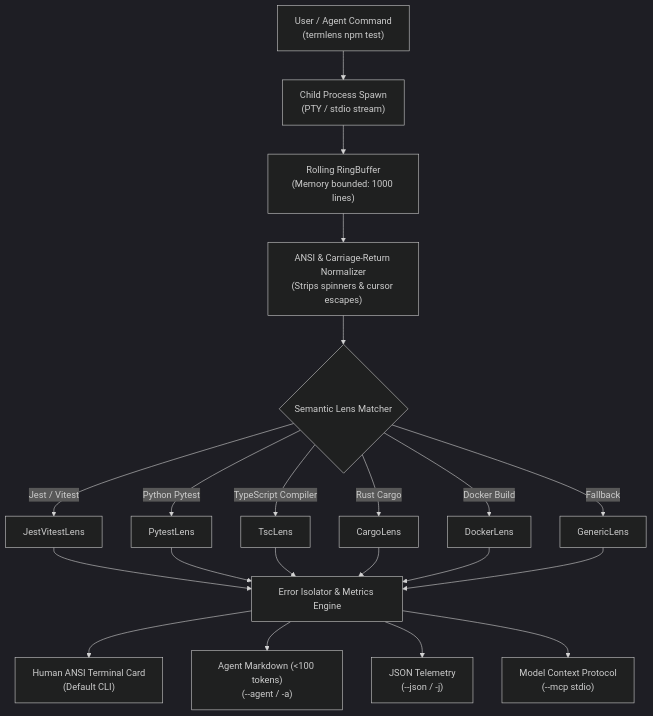
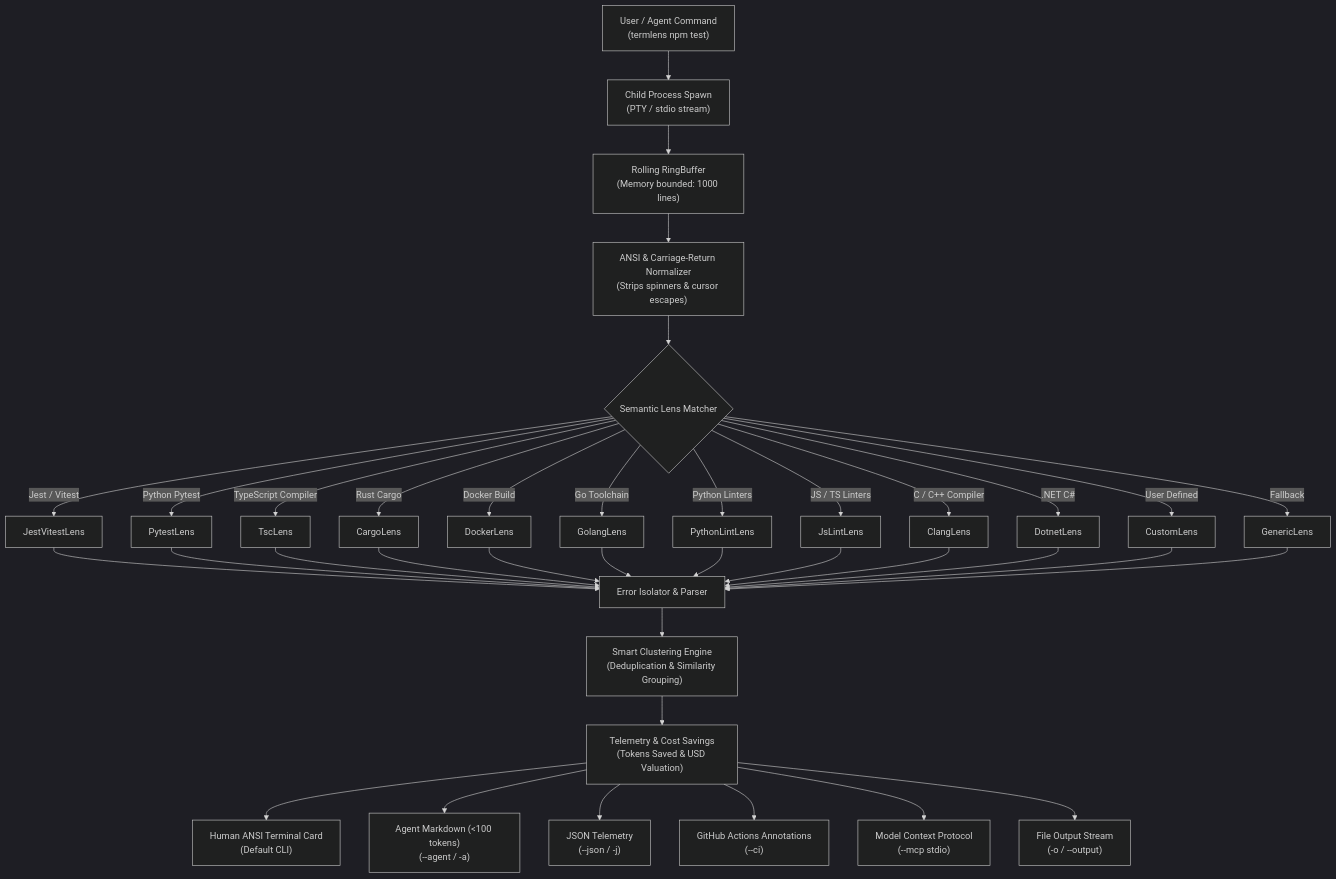
One commit to shenald-dev/termlens changed the diagram in README.md. Above: the diagram before and after it, drawn with Mermaid (dark theme). The commit also changed other lines of this file and 27 other files, not shown here.

First line of the commit message:
feat: release v0.2.0 with expanded semantic lenses, error clustering, and ci annotations

````diff
--- a/README.md
+++ b/README.md
@@ -193,18 +283,28 @@
 ```mermaid
 flowchart TD
     A["User / Agent Command<br/>(termlens npm test)"] --> B["Child Process Spawn<br/>(PTY / stdio stream)"]
     B --> C["Rolling RingBuffer<br/>(Memory bounded: 1000 lines)"]
     C --> D["ANSI & Carriage-Return Normalizer<br/>(Strips spinners & cursor escapes)"]
     D --> E{"Semantic Lens Matcher"}
     E -->|"Jest / Vitest"| L1["JestVitestLens"]
     E -->|"Python Pytest"| L2["PytestLens"]
     E -->|"TypeScript Compiler"| L3["TscLens"]
     E -->|"Rust Cargo"| L4["CargoLens"]
     E -->|"Docker Build"| L5["DockerLens"]
-    E -->|"Fallback"| L6["GenericLens"]
-    L1 & L2 & L3 & L4 & L5 & L6 --> F["Error Isolator & Metrics Engine"]
-    F --> G["Human ANSI Terminal Card<br/>(Default CLI)"]
-    F --> H["Agent Markdown (<100 tokens)<br/>(--agent / -a)"]
-    F --> I["JSON Telemetry<br/>(--json / -j)"]
-    F --> J["Model Context Protocol<br/>(--mcp stdio)"]
+    E -->|"Go Toolchain"| L6["GolangLens"]
+    E -->|"Python Linters"| L7["PythonLintLens"]
+    E -->|"JS / TS Linters"| L8["JsLintLens"]
+    E -->|"C / C++ Compiler"| L9["ClangLens"]
+    E -->|".NET C#"| L10["DotnetLens"]
+    E -->|"User Defined"| L11["CustomLens"]
+    E -->|"Fallback"| L12["GenericLens"]
+    L1 & L2 & L3 & L4 & L5 & L6 & L7 & L8 & L9 & L10 & L11 & L12 --> F["Error Isolator & Parser"]
+    F --> CL["Smart Clustering Engine<br/>(Deduplication & Similarity Grouping)"]
+    CL --> TM["Telemetry & Cost Savings<br/>(Tokens Saved & USD Valuation)"]
+    TM --> G["Human ANSI Terminal Card<br/>(Default CLI)"]
+    TM --> H["Agent Markdown (<100 tokens)<br/>(--agent / -a)"]
+    TM --> I["JSON Telemetry<br/>(--json / -j)"]
+    TM --> CI["GitHub Actions Annotations<br/>(--ci)"]
+    TM --> J["Model Context Protocol<br/>(--mcp stdio)"]
+    TM --> FO["File Output Stream<br/>(-o / --output)"]
 ```
````
